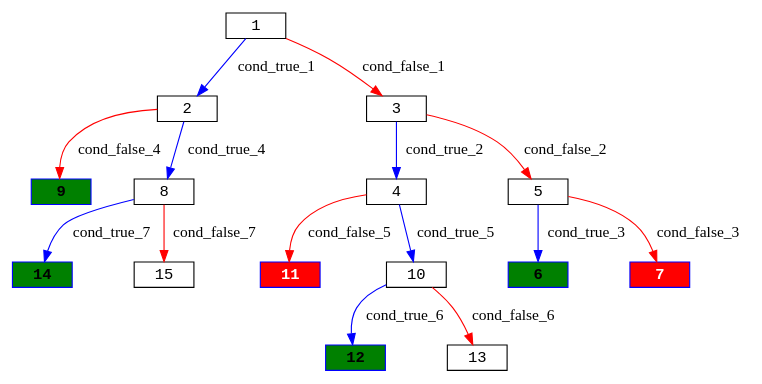
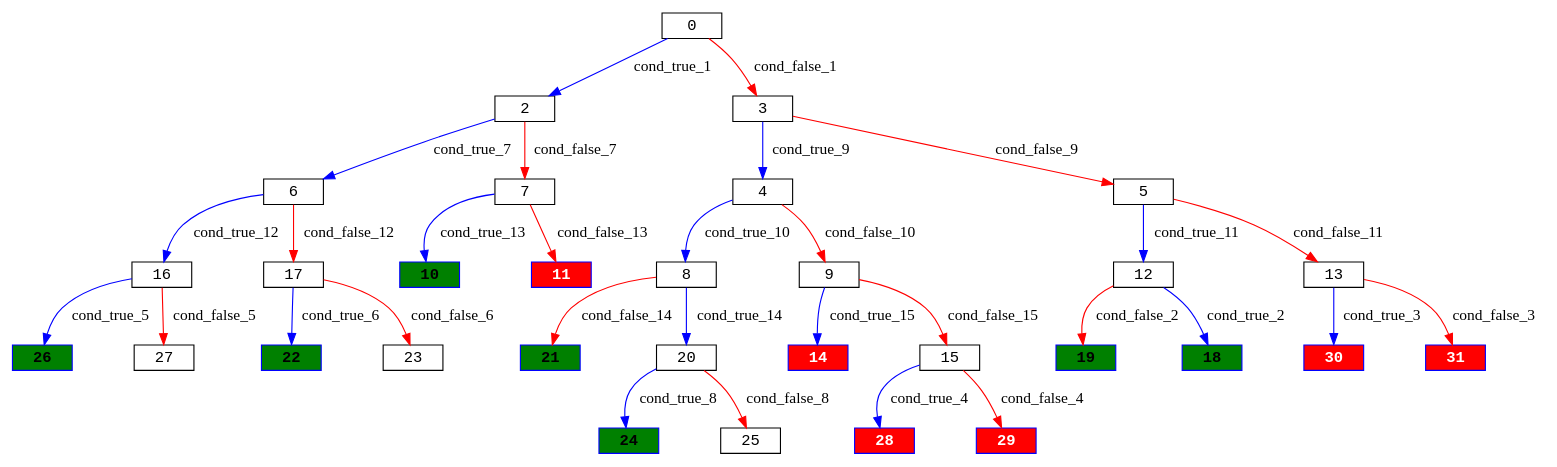
The diagram in klee_results/montyhall_processed/montyhall_execution_tree.dot (Research-Tools-PAVT/PSE-Program-Examples), drawn with Graphviz before and after one commit. The commit also changed 72 other files, not shown here.

```diff
--- a/klee_results/montyhall_processed/montyhall_execution_tree.dot
+++ b/klee_results/montyhall_processed/montyhall_execution_tree.dot
@@ -1,23 +1,46 @@
 digraph ExecutionTree {
 	node [color=black fontname=Courier height=.1 shape=record]
-	14 [color=blue, fillcolor=green, style=filled, fontcolor=black, fontname="Courier-Bold"]
-	12 [color=blue, fillcolor=green, style=filled, fontcolor=black, fontname="Courier-Bold"]
-	9 [color=blue, fillcolor=green, style=filled, fontcolor=black, fontname="Courier-Bold"]
-	6 [color=blue, fillcolor=green, style=filled, fontcolor=black, fontname="Courier-Bold"]
+	26 [color=blue, fillcolor=green, style=filled, fontcolor=black, fontname="Courier-Bold"]
+	24 [color=blue, fillcolor=green, style=filled, fontcolor=black, fontname="Courier-Bold"]
+	22 [color=blue, fillcolor=green, style=filled, fontcolor=black, fontname="Courier-Bold"]
+	21 [color=blue, fillcolor=green, style=filled, fontcolor=black, fontname="Courier-Bold"]
+	19 [color=blue, fillcolor=green, style=filled, fontcolor=black, fontname="Courier-Bold"]
+	18 [color=blue, fillcolor=green, style=filled, fontcolor=black, fontname="Courier-Bold"]
+	10 [color=blue, fillcolor=green, style=filled, fontcolor=black, fontname="Courier-Bold"]
+	28 [color=blue, fillcolor=red, style=filled, fontcolor=white, fontname="Courier-Bold"]
+	30 [color=blue, fillcolor=red, style=filled, fontcolor=white, fontname="Courier-Bold"]
 	11 [color=blue, fillcolor=red, style=filled, fontcolor=white, fontname="Courier-Bold"]
-	7 [color=blue, fillcolor=red, style=filled, fontcolor=white, fontname="Courier-Bold"]
-	1 -> 2 [label=cond_true_1 color=blue]
-	1 -> 3 [label=cond_false_1 color=red]
-	2 -> 8 [label=cond_true_4 color=blue]
-	2 -> 9 [label=cond_false_4 color=red]
-	3 -> 4 [label=cond_true_2 color=blue]
-	3 -> 5 [label=cond_false_2 color=red]
-	4 -> 10 [label=cond_true_5 color=blue]
-	4 -> 11 [label=cond_false_5 color=red]
-	5 -> 6 [label=cond_true_3 color=blue]
-	5 -> 7 [label=cond_false_3 color=red]
-	8 -> 14 [label=cond_true_7 color=blue]
-	8 -> 15 [label=cond_false_7 color=red]
-	10 -> 12 [label=cond_true_6 color=blue]
-	10 -> 13 [label=cond_false_6 color=red]
+	14 [color=blue, fillcolor=red, style=filled, fontcolor=white, fontname="Courier-Bold"]
+	31 [color=blue, fillcolor=red, style=filled, fontcolor=white, fontname="Courier-Bold"]
+	29 [color=blue, fillcolor=red, style=filled, fontcolor=white, fontname="Courier-Bold"]
+	0 -> 2 [label=cond_true_1 color=blue]
+	0 -> 3 [label=cond_false_1 color=red]
+	2 -> 6 [label=cond_true_7 color=blue]
+	2 -> 7 [label=cond_false_7 color=red]
+	3 -> 4 [label=cond_true_9 color=blue]
+	3 -> 5 [label=cond_false_9 color=red]
+	12 -> 18 [label=cond_true_2 color=blue]
+	12 -> 19 [label=cond_false_2 color=red]
+	13 -> 30 [label=cond_true_3 color=blue]
+	13 -> 31 [label=cond_false_3 color=red]
+	15 -> 28 [label=cond_true_4 color=blue]
+	15 -> 29 [label=cond_false_4 color=red]
+	16 -> 26 [label=cond_true_5 color=blue]
+	16 -> 27 [label=cond_false_5 color=red]
+	17 -> 22 [label=cond_true_6 color=blue]
+	17 -> 23 [label=cond_false_6 color=red]
+	6 -> 16 [label=cond_true_12 color=blue]
+	6 -> 17 [label=cond_false_12 color=red]
+	7 -> 10 [label=cond_true_13 color=blue]
+	7 -> 11 [label=cond_false_13 color=red]
+	20 -> 24 [label=cond_true_8 color=blue]
+	20 -> 25 [label=cond_false_8 color=red]
+	4 -> 8 [label=cond_true_10 color=blue]
+	4 -> 9 [label=cond_false_10 color=red]
+	5 -> 12 [label=cond_true_11 color=blue]
+	5 -> 13 [label=cond_false_11 color=red]
+	8 -> 20 [label=cond_true_14 color=blue]
+	8 -> 21 [label=cond_false_14 color=red]
+	9 -> 14 [label=cond_true_15 color=blue]
+	9 -> 15 [label=cond_false_15 color=red]
 }
```
